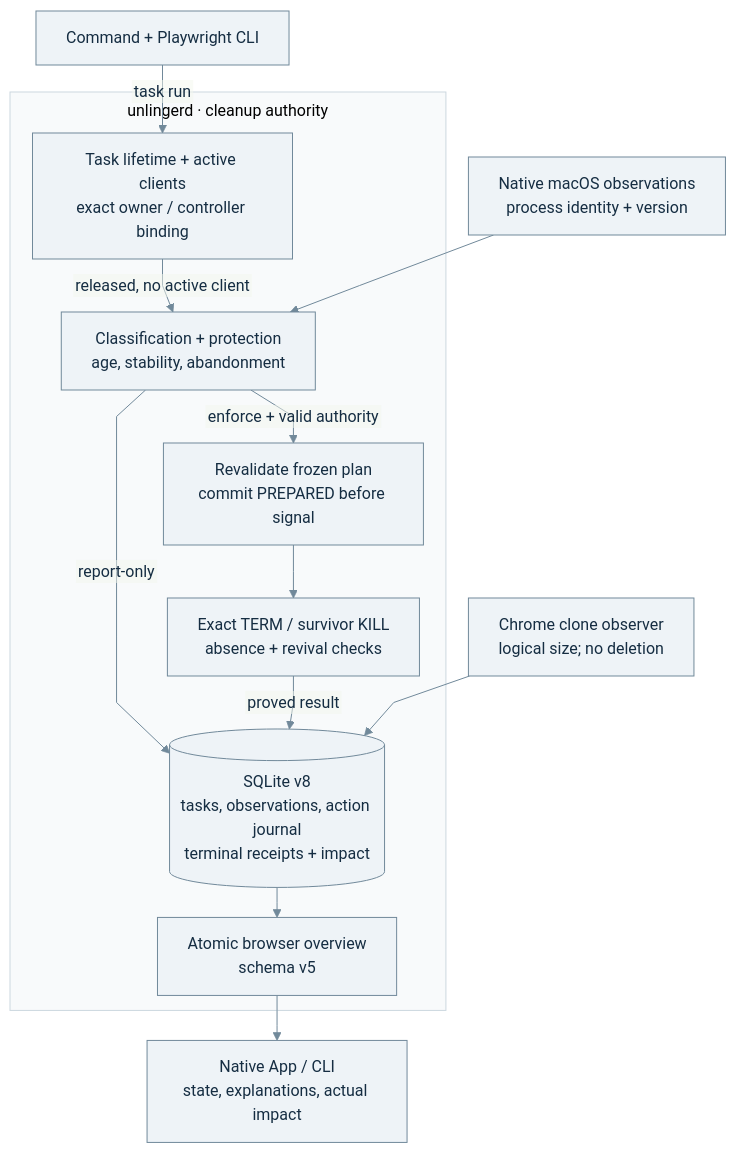
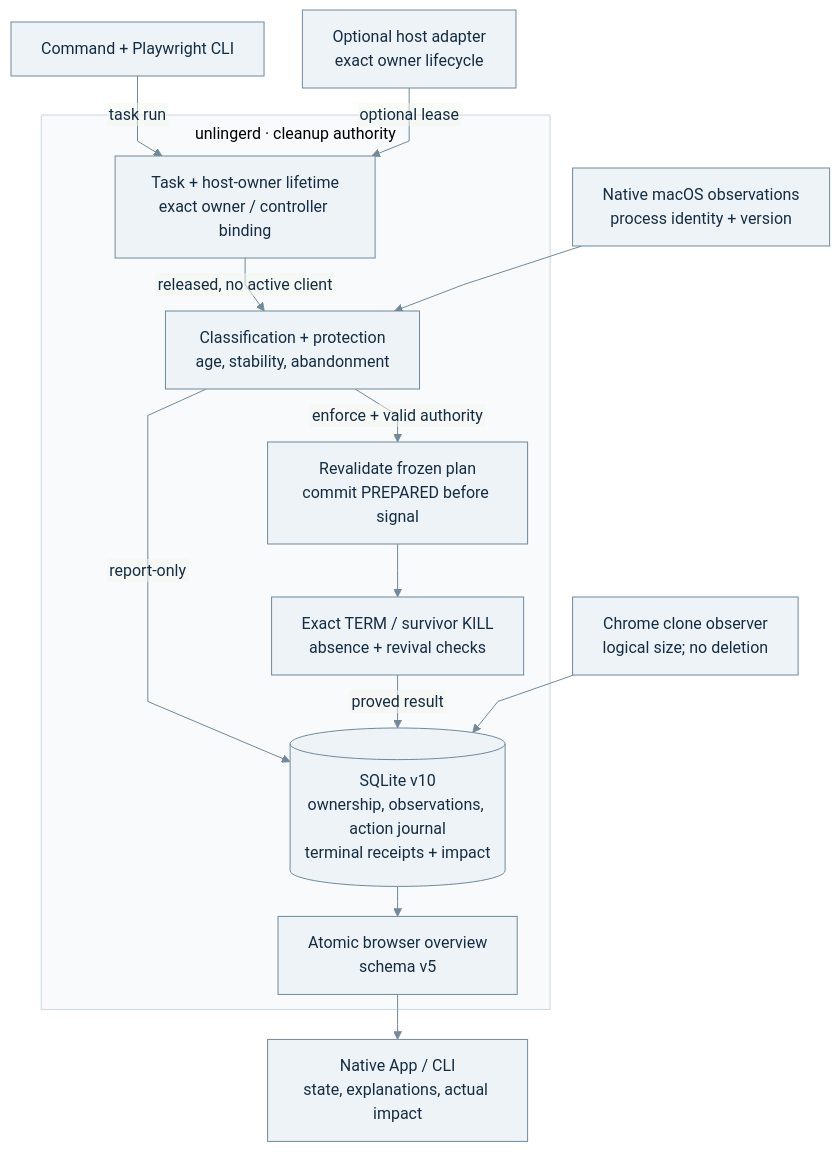
Before and after one commit to IndelibleVivi/unlinger: the diagram in docs/architecture.mmd, drawn with Mermaid. The commit also changed 57 other files, not shown here.

Commit message:
add truthful session ownership and impact accounting

```diff
--- a/docs/architecture.mmd
+++ b/docs/architecture.mmd
@@ -1,24 +1,26 @@
 %% Current process-only source; bilingual evidence map in ARCHITECTURE.md.
 %%{init: {"theme": "base", "fontFamily": "Arial, sans-serif", "themeVariables": {"fontFamily": "Arial, sans-serif", "fontSize": "16px", "primaryColor": "#eef3f7", "primaryTextColor": "#152d42", "primaryBorderColor": "#71899a", "lineColor": "#71899a", "clusterBkg": "#f8fafb", "clusterBorder": "#ccd7df"}, "flowchart": {"htmlLabels": false, "curve": "linear", "nodeSpacing": 25, "rankSpacing": 30, "subGraphTitleMargin": {"top": 8, "bottom": 18}}}}%%
 flowchart TB
   command["Command + Playwright CLI"]
+  host["Optional host adapter<br/>exact owner lifecycle"]
   native["Native macOS observations<br/>process identity + version"]
   residue["Chrome clone observer<br/>logical size; no deletion"]
   subgraph daemon["unlingerd · cleanup authority"]
-    lifetime["Task lifetime + active clients<br/>exact owner / controller binding"]
+    lifetime["Task + host-owner lifetime<br/>exact owner / controller binding"]
     gates["Classification + protection<br/>age, stability, abandonment"]
     plan["Revalidate frozen plan<br/>commit PREPARED before signal"]
     proof["Exact TERM / survivor KILL<br/>absence + revival checks"]
-    store[("SQLite v8<br/>tasks, observations, action journal<br/>terminal receipts + impact")]
+    store[("SQLite v10<br/>ownership, observations, action journal<br/>terminal receipts + impact")]
     overview["Atomic browser overview<br/>schema v5"]
     lifetime -->|released, no active client| gates
     gates -->|report-only| store
     gates -->|enforce + valid authority| plan
     plan --> proof
     proof -->|proved result| store
     store --> overview
   end
   command -->|task run| lifetime
+  host -->|optional lease| lifetime
   native --> gates
   residue --> store
   overview --> app["Native App / CLI<br/>state, explanations, actual impact"]
```
